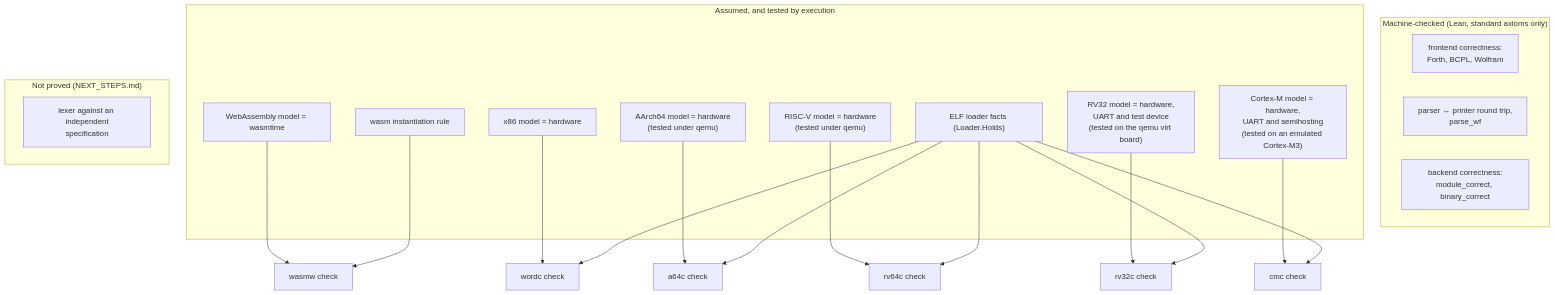
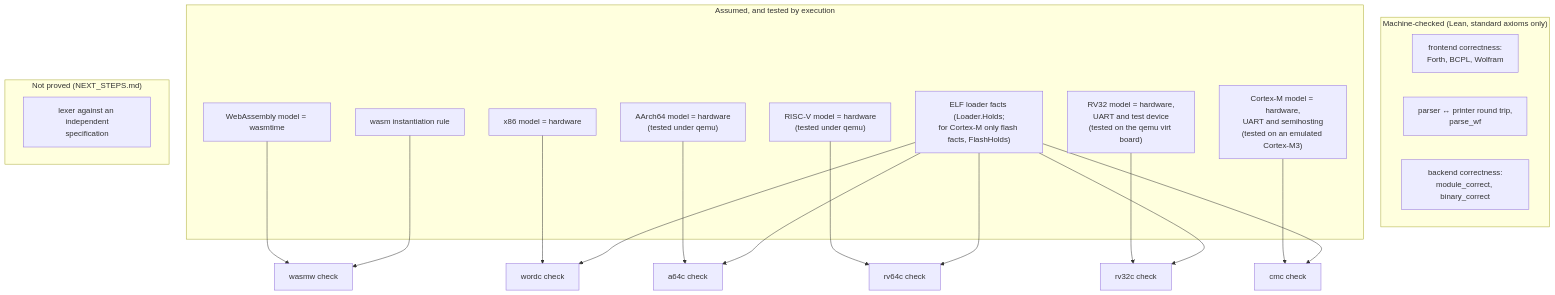
Diagram 16 of 17 in README.md (SNAPKITTYAGENT9NOVA/ai-free), drawn with Mermaid before and after one commit. The commit also changed other lines of this file and 9 other files, not shown here.

First line of the commit message:
Cortex-M: boot from flash, with the start-up copy proved

````diff
--- a/README.md
+++ b/README.md
@@ -1926,33 +1944,33 @@
 ```mermaid
 flowchart TD
   subgraph Proved["Machine-checked (Lean, standard axioms only)"]
     FE["frontend correctness:<br/>Forth, BCPL, Wolfram"]
     PA["parser ↔ printer round trip,<br/>parse_wf"]
     BE["backend correctness:<br/>module_correct, binary_correct"]
   end
   subgraph Assumed["Assumed, and tested by execution"]
     WM["WebAssembly model = wasmtime"]
     XM["x86 model = hardware"]
     AM["AArch64 model = hardware<br/>(tested under qemu)"]
     RM["RISC-V model = hardware<br/>(tested under qemu)"]
     MM["RV32 model = hardware,<br/>UART and test device<br/>(tested on the qemu virt board)"]
     CMM["Cortex-M model = hardware,<br/>UART and semihosting<br/>(tested on an emulated Cortex-M3)"]
     INST["wasm instantiation rule"]
-    LDR["ELF loader facts (Loader.Holds)"]
+    LDR["ELF loader facts (Loader.Holds;<br/>for Cortex-M only flash facts, FlashHolds)"]
   end
   subgraph Unproved["Not proved (NEXT_STEPS.md)"]
     LEX["lexer against an independent<br/>specification"]
   end
   WM --> T1["wasmw check"]
   INST --> T1
   XM --> T2["wordc check"]
   LDR --> T2
   AM --> T3["a64c check"]
   LDR --> T3
   RM --> T4["rv64c check"]
   LDR --> T4
   MM --> T5["rv32c check"]
   LDR --> T5
   CMM --> T6["cmc check"]
   LDR --> T6
 ```
````
